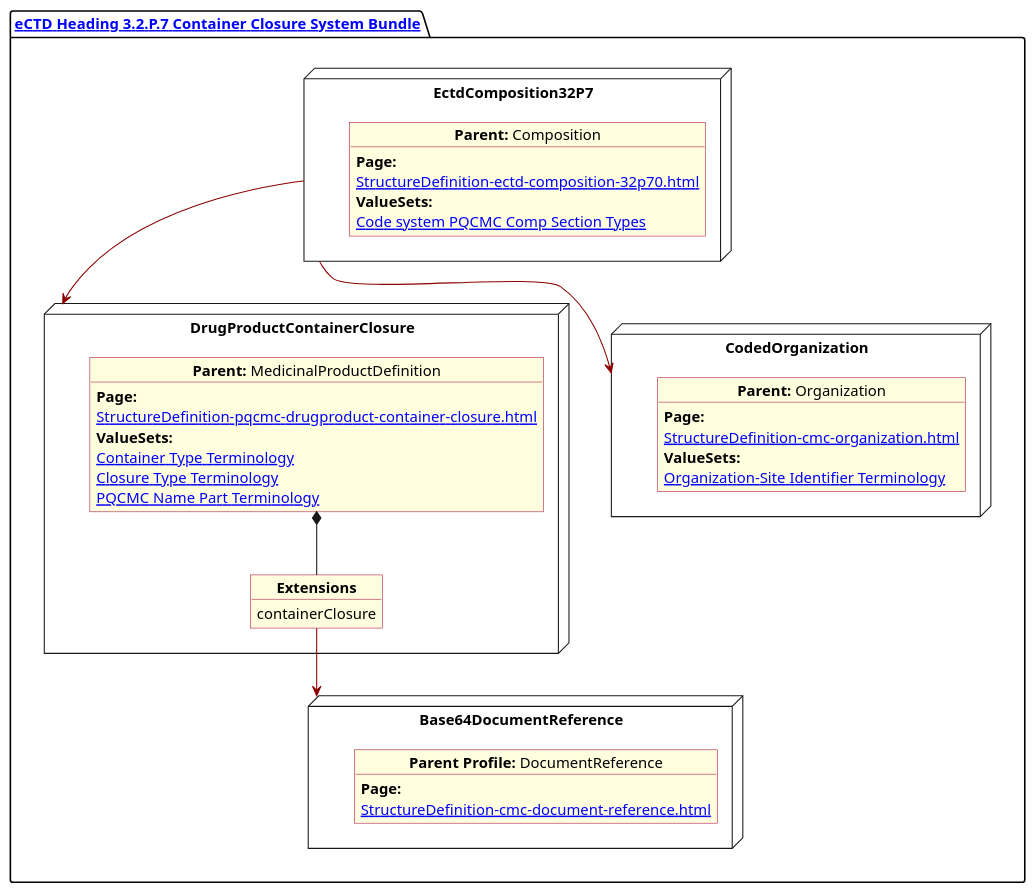
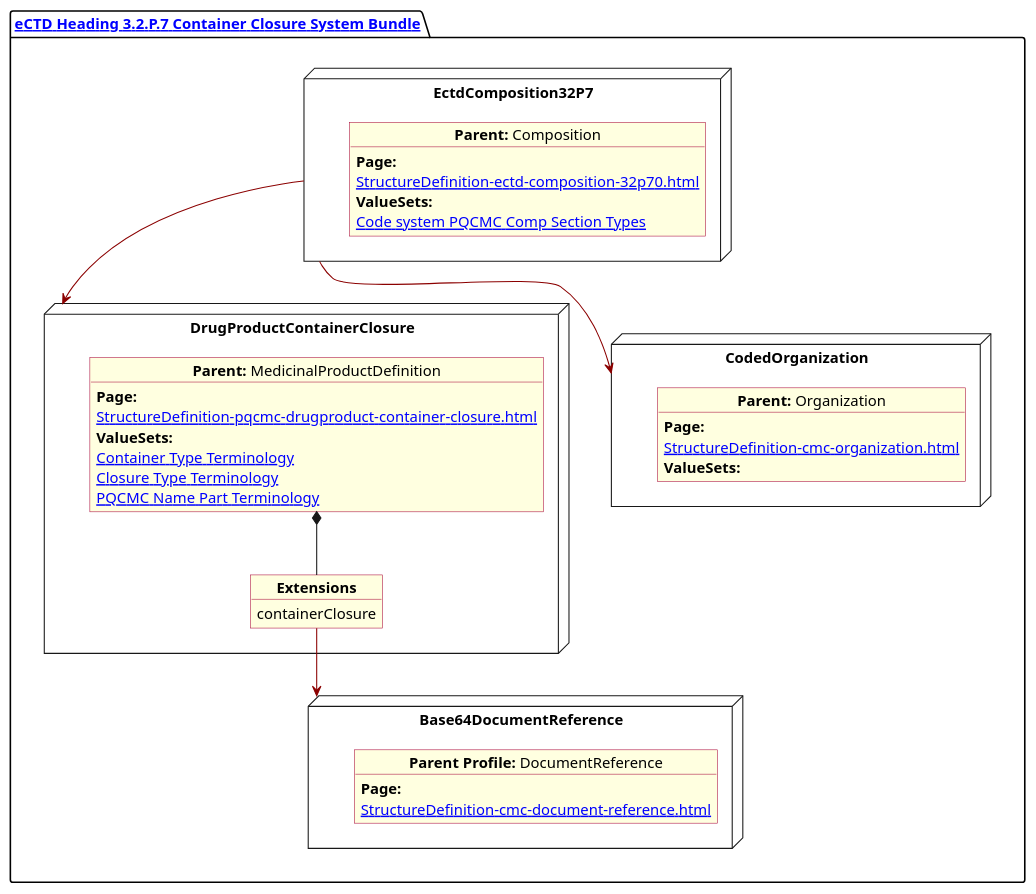
Before and after one commit to HL7/FHIR-us-pq-cmc-fda: the diagram in input/images-source/ContainerClosure.plantuml, drawn with PlantUML. The commit also changed 140 other files, not shown here.

```diff
--- a/input/images-source/ContainerClosure.plantuml
+++ b/input/images-source/ContainerClosure.plantuml
@@ -1,61 +1,61 @@
 @startuml ContainerClosure
 allowmixing
 'Mixed model of use case and object
 skinparam svgDimensionStyle false
 skinparam ObjectBackgroundColor LightYellow
 skinparam ObjectBorderColor #A80036
 skinparam activityDiamondBorderColor #A80036
 skinparam activityDiamondBackgroundColor lawnGreen
 skinparam ClassBorderThickness 4
 
 package "[[StructureDefinition-cmc-ectd-document-32p70.html eCTD Heading 3.2.P.7 Container Closure System Bundle]]" as NODES {
 
     node "EctdComposition32P7" as N1 {
 
         object "**Parent:** Composition" as obj1 {
             **Page:**
             [[StructureDefinition-ectd-composition-32p70.html]]
             **ValueSets:**
             [[ValueSet-cmc-comp-section-types-vs.html Code system PQCMC Comp Section Types]]
         }
 
     }
     node "DrugProductContainerClosure" as N21 {
 
         object "**Parent:** MedicinalProductDefinition" as obj22 {
             **Page:**
             [[StructureDefinition-pqcmc-drugproduct-container-closure.html]]
             **ValueSets:**
             [[ValueSet-pqcmc-container-type-terminology.html Container Type Terminology]]
             [[ValueSet-pqcmc-closure-type-terminology.html Closure Type Terminology]]
             [[ValueSet-pqcmc-name-part-terminology.html PQCMC Name Part Terminology]]
         }
         object "**Extensions**" as objEx {
             containerClosure
         }
         obj22 *-- objEx
     }
     node "Base64DocumentReference" as NB64 {
 
         object "**Parent Profile:** DocumentReference" as obj64 {
 
             **Page:**
             [[StructureDefinition-cmc-document-reference.html]]
         }
 
     }
     node "CodedOrganization" as NSO {
 
         object "**Parent:** Organization" as objAu {
             **Page:**
             [[StructureDefinition-cmc-organization.html]]
             **ValueSets:**
-            [[ValueSet-pqcmc-org-identifier-type-terminology.html Organization-Site Identifier Terminology]]
+            
         }
     }
 }
 
 N1 -[#darkred]-> N21
 N1 -[#darkred]-> NSO
 objEx -[#darkred]-> NB64
 @enduml
```
